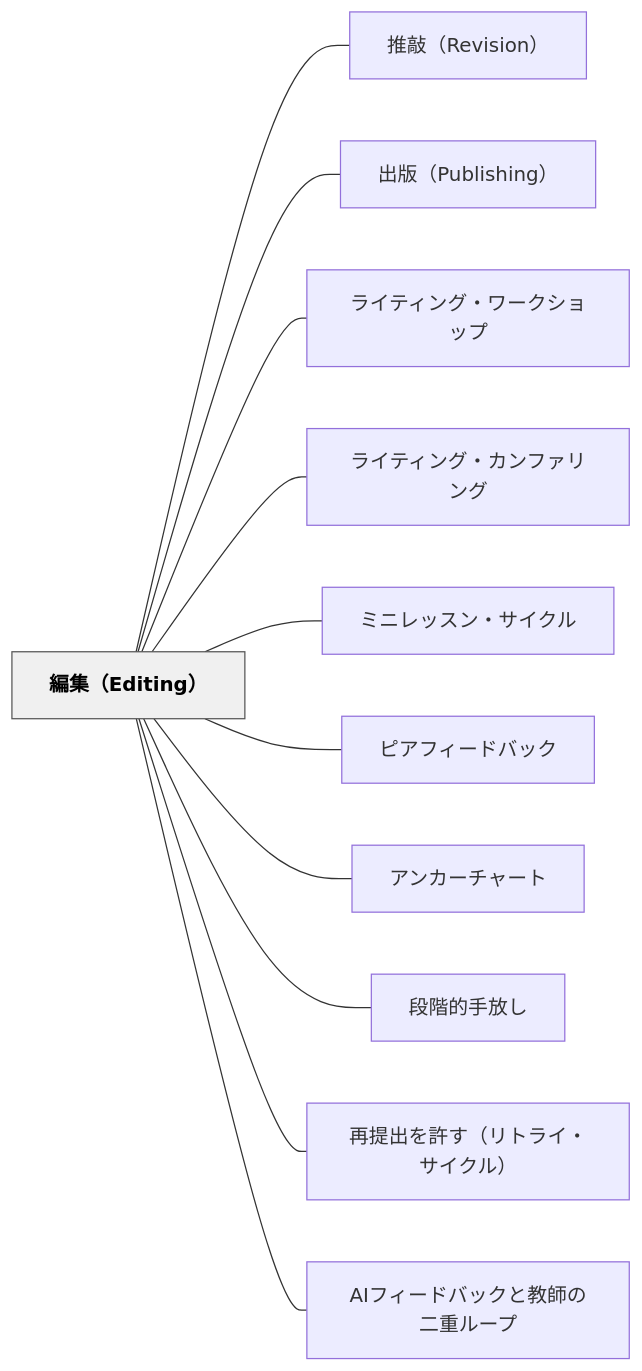
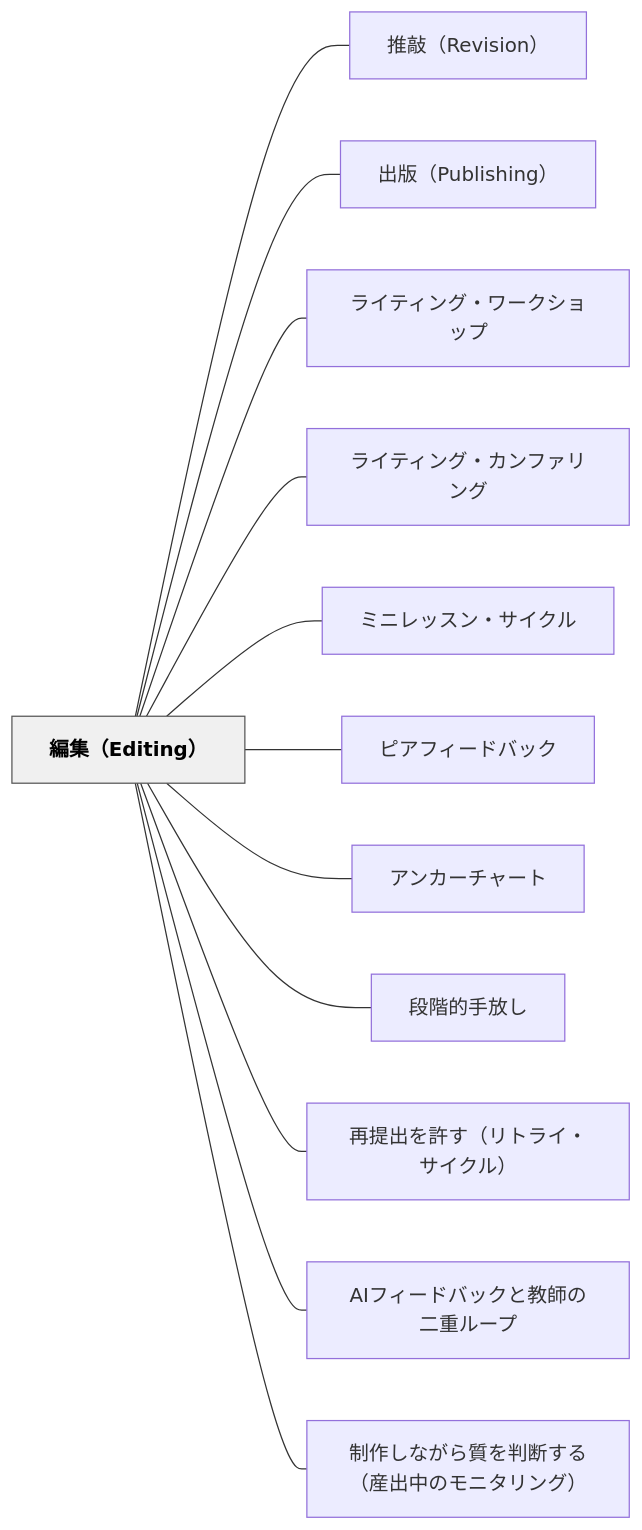
Before and after one commit to unknownthings-ed-patterns/unknownthings-ed-patterns: the diagram in content/パタン/編集（Editing）.md, drawn with Mermaid. The commit also changed other lines of this file and 42 other files, not shown here.

````diff
--- a/content/パタン/編集（Editing）.md
+++ b/content/パタン/編集（Editing）.md
@@ -140,28 +141,30 @@
 ```mermaid
 flowchart LR
     ne7b7a8e99b86efbc8845646974696e67efbc89["編集（Editing）"]
     ne68ea8e695b2efbc885265766973696f6eefbc89["推敲（Revision）"]
     ne587bae78988efbc885075626c697368696e67efbc89["出版（Publishing）"]
     ne383a9e382a4e38386e382a3e383b3e382b0e383bbe383afe383bce382afe382b7e383a7e38383e38397["ライティング・ワークショップ"]
     ne383a9e382a4e38386e382a3e383b3e382b0e383bbe382abe383b3e38395e382a1e383aae383b3e382b0["ライティング・カンファリング"]
     ne3839fe3838be383ace38383e382b9e383b3e383bbe382b5e382a4e382afe383ab["ミニレッスン・サイクル"]
     ne38394e382a2e38395e382a3e383bce38389e38390e38383e382af["ピアフィードバック"]
     ne382a2e383b3e382abe383bce38381e383a3e383bce38388["アンカーチャート"]
     ne6aeb5e99a8ee79a84e6898be694bee38197["段階的手放し"]
     ne5868de68f90e587bae38292e8a8b1e38199efbc88e383aae38388e383a9e382a4e383bbe382b5e382a4e382afe383abefbc89["再提出を許す（リトライ・サイクル）"]
     n4149e38395e382a3e383bce38389e38390e38383e382afe381a8e69599e5b8abe381aee4ba8ce9878de383abe383bce38397["AIフィードバックと教師の二重ループ"]
+    ne588b6e4bd9ce38197e381aae3818ce38289e8b3aae38292e588a4e696ade38199e3828befbc88e794a3e587bae4b8ade381aee383a2e3838be382bfe383aae383b3e382b0efbc89["制作しながら質を判断する（産出中のモニタリング）"]
 
     ne7b7a8e99b86efbc8845646974696e67efbc89 --- ne68ea8e695b2efbc885265766973696f6eefbc89
     ne7b7a8e99b86efbc8845646974696e67efbc89 --- ne587bae78988efbc885075626c697368696e67efbc89
     ne7b7a8e99b86efbc8845646974696e67efbc89 --- ne383a9e382a4e38386e382a3e383b3e382b0e383bbe383afe383bce382afe382b7e383a7e38383e38397
     ne7b7a8e99b86efbc8845646974696e67efbc89 --- ne383a9e382a4e38386e382a3e383b3e382b0e383bbe382abe383b3e38395e382a1e383aae383b3e382b0
     ne7b7a8e99b86efbc8845646974696e67efbc89 --- ne3839fe3838be383ace38383e382b9e383b3e383bbe382b5e382a4e382afe383ab
     ne7b7a8e99b86efbc8845646974696e67efbc89 --- ne38394e382a2e38395e382a3e383bce38389e38390e38383e382af
     ne7b7a8e99b86efbc8845646974696e67efbc89 --- ne382a2e383b3e382abe383bce38381e383a3e383bce38388
     ne7b7a8e99b86efbc8845646974696e67efbc89 --- ne6aeb5e99a8ee79a84e6898be694bee38197
     ne7b7a8e99b86efbc8845646974696e67efbc89 --- ne5868de68f90e587bae38292e8a8b1e38199efbc88e383aae38388e383a9e382a4e383bbe382b5e382a4e382afe383abefbc89
     ne7b7a8e99b86efbc8845646974696e67efbc89 --- n4149e38395e382a3e383bce38389e38390e38383e382afe381a8e69599e5b8abe381aee4ba8ce9878de383abe383bce38397
+    ne7b7a8e99b86efbc8845646974696e67efbc89 --- ne588b6e4bd9ce38197e381aae3818ce38289e8b3aae38292e588a4e696ade38199e3828befbc88e794a3e587bae4b8ade381aee383a2e3838be382bfe383aae383b3e382b0efbc89
 
     classDef hub fill:#f0f0f0,stroke:#555,color:#000,font-weight:bold
     class ne7b7a8e99b86efbc8845646974696e67efbc89 hub
 ```
````
